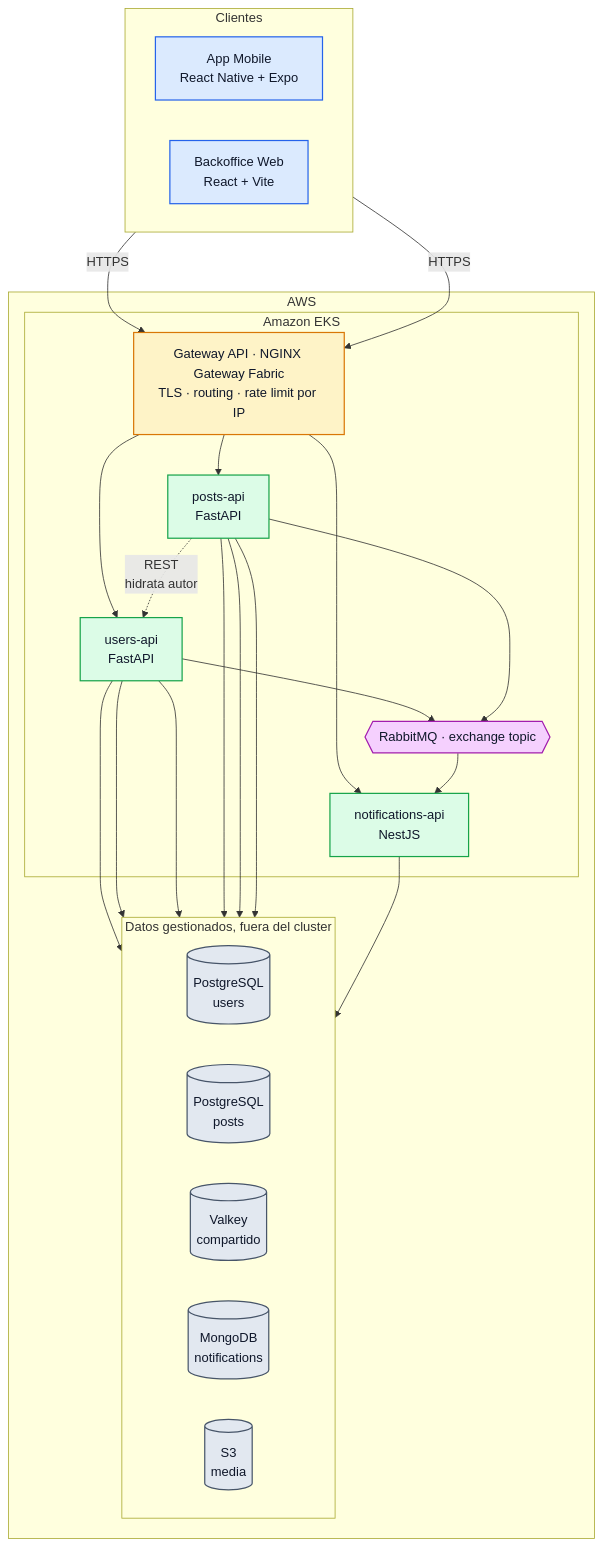
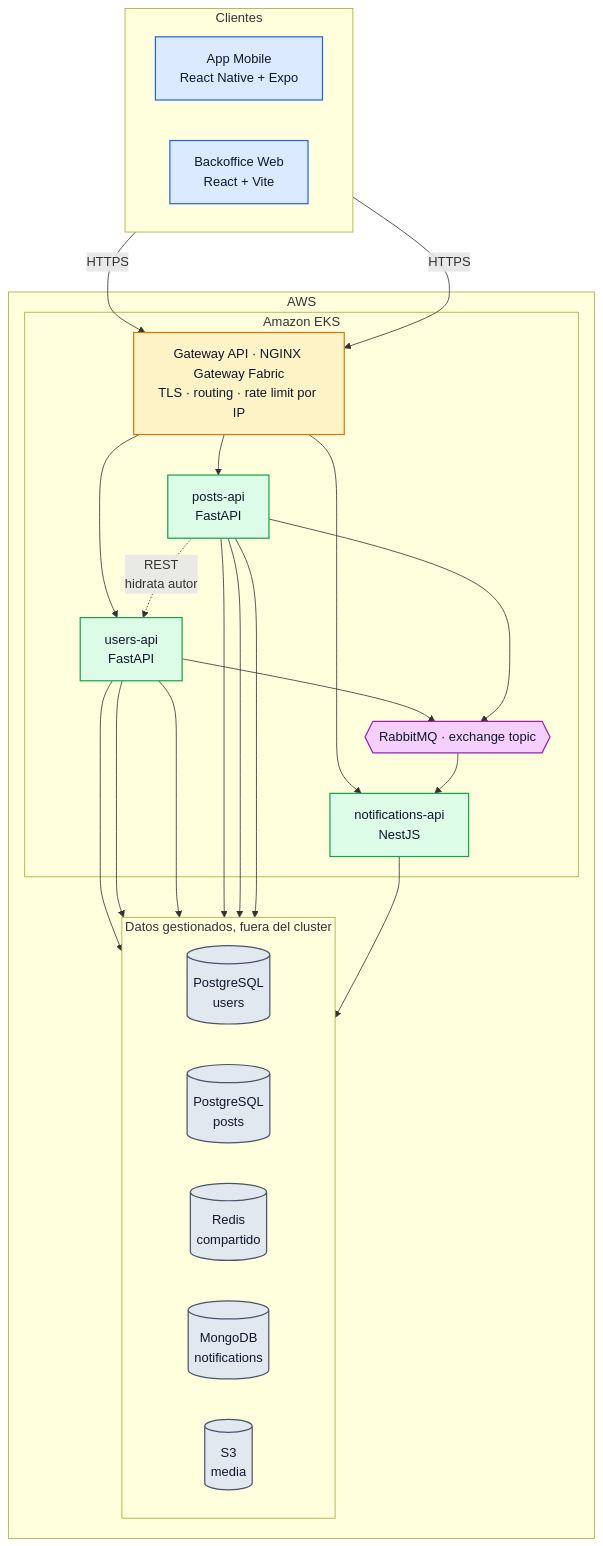
Before and after one commit to tds-g3-2s2026/udesa-x-platform: the second of 7 diagrams in docs/ARQUITECTURA.md, drawn with Mermaid. The commit also changed other lines of this file and 2 other files, not shown here.

First line of the commit message:
docs: revertir A20 y usar Redis en lugar de Valkey

````diff
--- a/docs/ARQUITECTURA.md
+++ b/docs/ARQUITECTURA.md
@@ -173,51 +173,51 @@
 ```mermaid
 flowchart TB
     subgraph clientes["Clientes"]
         direction LR
         MOB["App Mobile<br/>React Native + Expo"]
         BO["Backoffice Web<br/>React + Vite"]
     end
     subgraph aws["AWS"]
         subgraph eks["Amazon EKS"]
             ING["Gateway API · NGINX Gateway Fabric<br/>TLS · routing · rate limit por IP"]
             USR["users-api<br/>FastAPI"]
             PST["posts-api<br/>FastAPI"]
             NTF["notifications-api<br/>NestJS"]
             MQ{{"RabbitMQ · exchange topic"}}
         end
         subgraph datos["Datos gestionados, fuera del cluster"]
             direction LR
             PGU[("PostgreSQL<br/>users")]
             PGP[("PostgreSQL<br/>posts")]
-            RED[("Valkey<br/>compartido")]
+            RED[("Redis<br/>compartido")]
             MDB[("MongoDB<br/>notifications")]
             OBJ[("S3<br/>media")]
         end
     end
     MOB -->|HTTPS| ING
     BO -->|HTTPS| ING
     ING --> USR
     ING --> PST
     ING --> NTF
     PST -.->|"REST<br/>hidrata autor"| USR
     USR --> MQ
     PST --> MQ
     MQ --> NTF
     USR --> PGU
     USR --> RED
     USR --> OBJ
     PST --> PGP
     PST --> RED
     PST --> OBJ
     NTF --> MDB
     classDef cliente fill:#dbeafe,stroke:#2563eb,stroke-width:1.5px,color:#0f172a
     classDef borde fill:#fef3c7,stroke:#d97706,stroke-width:1.5px,color:#0f172a
     classDef svc fill:#dcfce7,stroke:#16a34a,stroke-width:1.5px,color:#0f172a
     classDef bus fill:#f5d0fe,stroke:#a21caf,stroke-width:1.5px,color:#0f172a
     classDef store fill:#e2e8f0,stroke:#475569,stroke-width:1.5px,color:#0f172a
     class MOB,BO cliente
     class ING borde
     class USR,PST,NTF svc
     class MQ bus
     class PGU,PGP,RED,MDB,OBJ store
 ```
````
